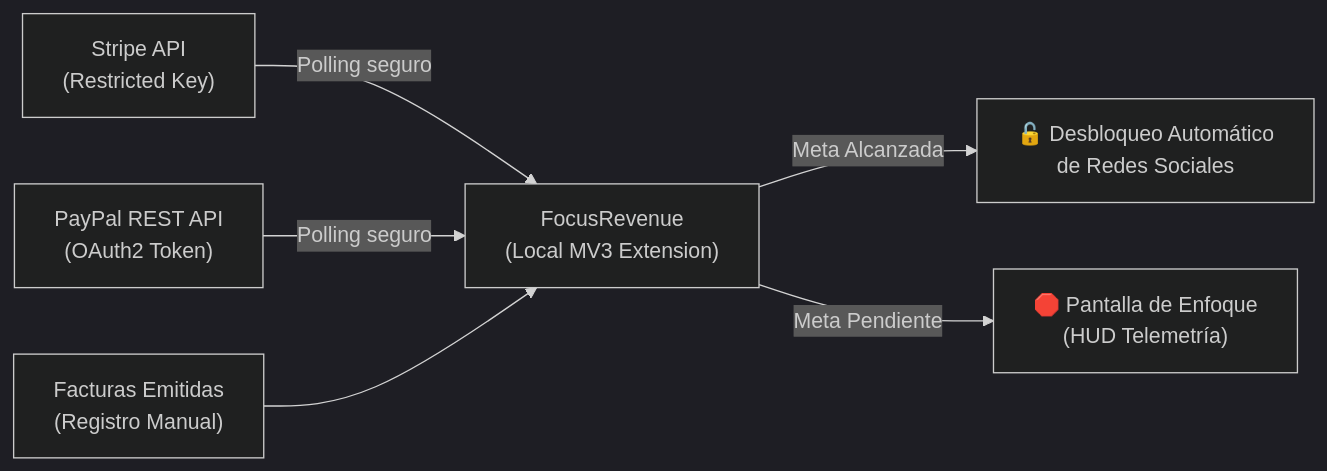
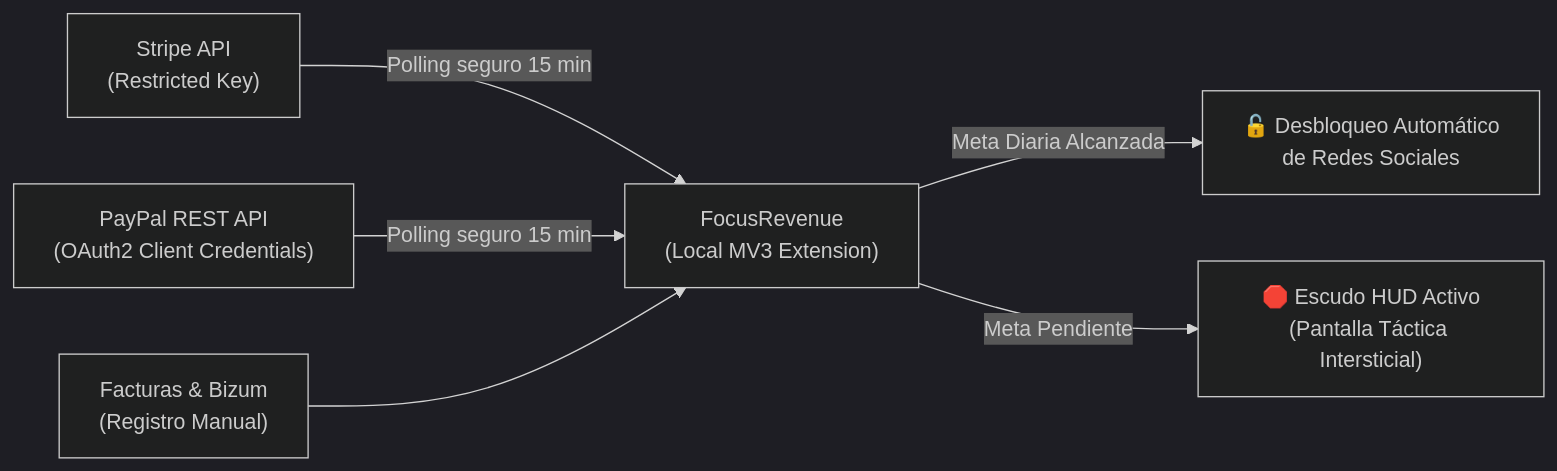
One commit to moradotheone/focus-revenue-blocker changed the diagram in README.md. Above: the diagram before and after it, drawn with Mermaid (dark theme). The commit also changed other lines of this file and 2 other files, not shown here.

````diff
--- a/README.md
+++ b/README.md
@@ -51,8 +59,8 @@
 ```mermaid
 flowchart LR
-    A["Stripe API\n(Restricted Key)"] -->|Polling seguro| C["FocusRevenue\n(Local MV3 Extension)"]
-    B["PayPal REST API\n(OAuth2 Token)"] -->|Polling seguro| C
-    D["Facturas Emitidas\n(Registro Manual)"] --> C
-    C -->|Meta Alcanzada| E["🔓 Desbloqueo Automático\nde Redes Sociales"]
-    C -->|Meta Pendiente| F["🛑 Pantalla de Enfoque\n(HUD Telemetría)"]
+    A["Stripe API\n(Restricted Key)"] -->|Polling seguro 15 min| C["FocusRevenue\n(Local MV3 Extension)"]
+    B["PayPal REST API\n(OAuth2 Client Credentials)"] -->|Polling seguro 15 min| C
+    D["Facturas & Bizum\n(Registro Manual)"] --> C
+    C -->|Meta Diaria Alcanzada| E["🔓 Desbloqueo Automático\nde Redes Sociales"]
+    C -->|Meta Pendiente| F["🛑 Escudo HUD Activo\n(Pantalla Táctica Intersticial)"]
 ```
````
